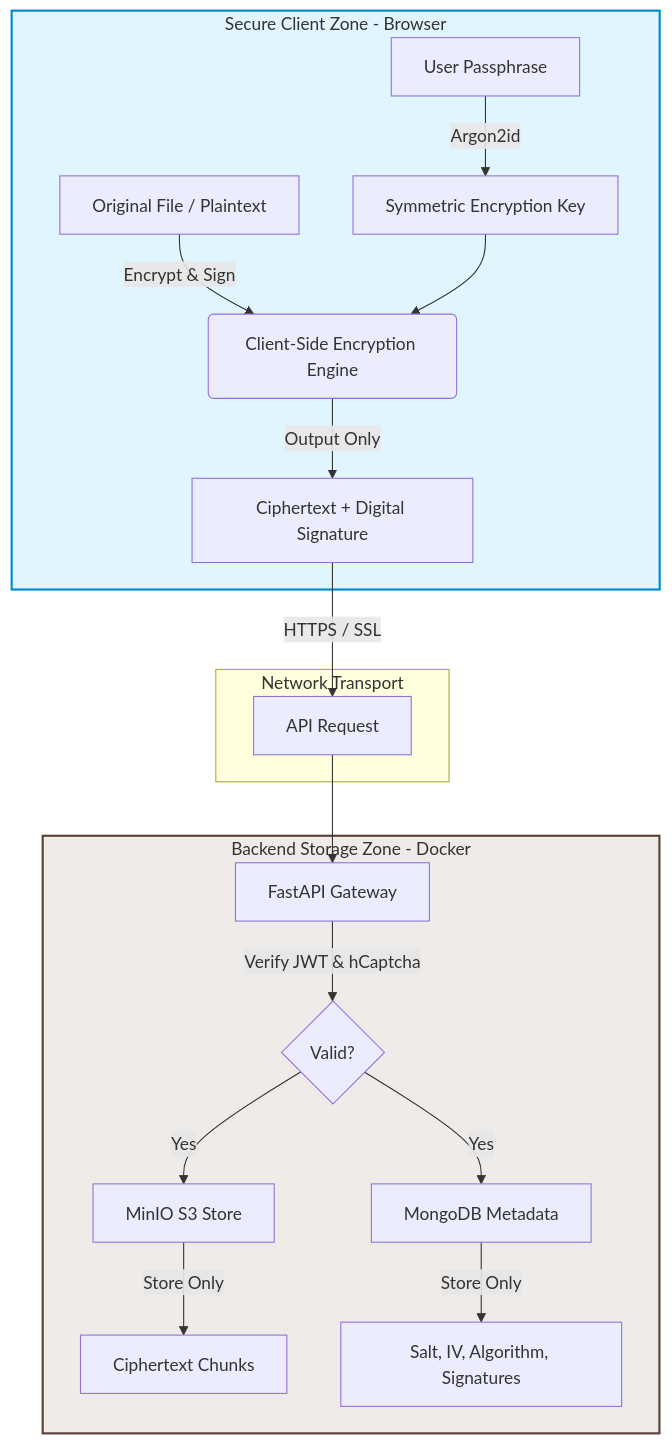
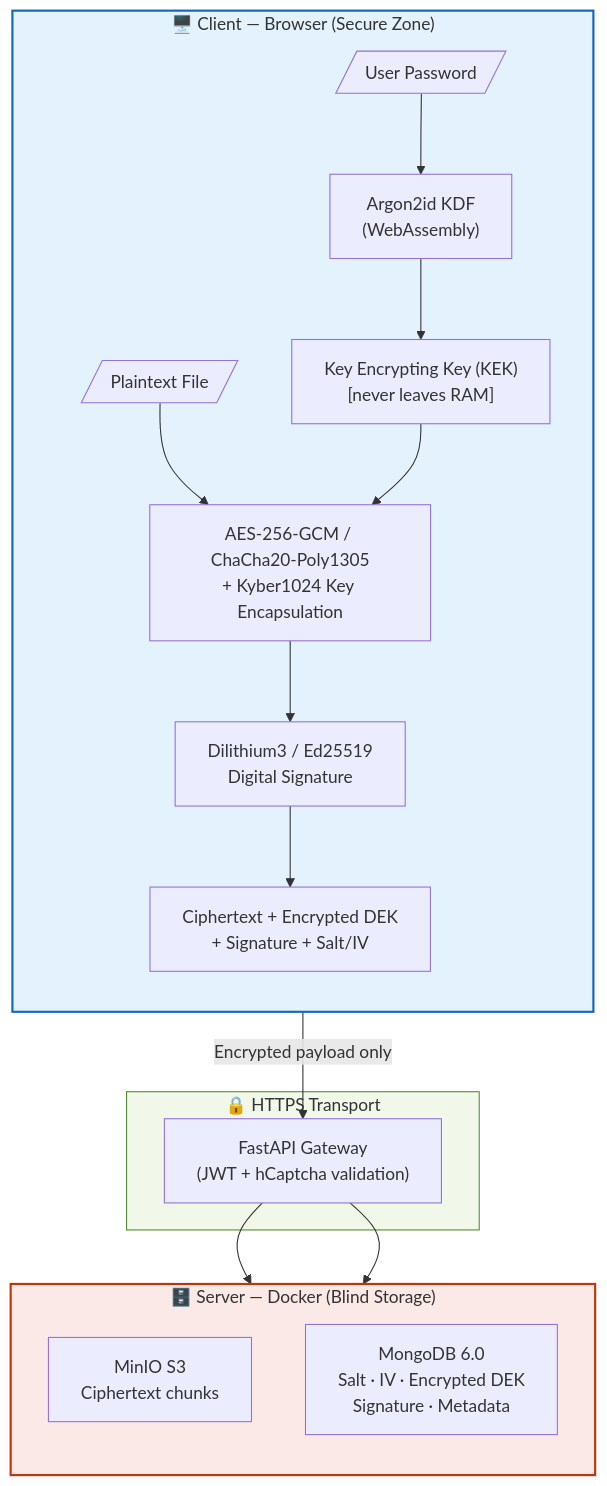
Before and after one commit to pthanhbinh1654/zeroknowledge_encryption: the first of 3 diagrams in README.md, drawn with Mermaid. The commit also changed other lines of this file and 1 other file, not shown here.

````diff
--- a/README.md
+++ b/README.md
@@ -30,25 +44,27 @@
 ```mermaid
 graph TB
-    subgraph Client [Secure Client Zone - Browser]
-        A[Original File / Plaintext] -->|Encrypt & Sign| B(Client-Side Encryption Engine)
-        M[User Passphrase] -->|Argon2id| K[Symmetric Encryption Key]
-        K --> B
-        B -->|Output Only| C[Ciphertext + Digital Signature]
+    subgraph Client["🖥️ Client — Browser (Secure Zone)"]
+        direction TB
+        PW[/"User Password"/] --> KDF["Argon2id KDF\n(WebAssembly)"]
+        KDF --> KEK["Key Encrypting Key (KEK)\n[never leaves RAM]"]
+        FILE[/"Plaintext File"/] --> ENC["AES-256-GCM / ChaCha20-Poly1305\n+ Kyber1024 Key Encapsulation"]
+        KEK --> ENC
+        ENC --> SIG["Dilithium3 / Ed25519\nDigital Signature"]
+        SIG --> OUT["Ciphertext + Encrypted DEK\n+ Signature + Salt/IV"]
     end
 
-    subgraph Transport [Network Transport]
-        C -->|HTTPS / SSL| D[API Request]
+    subgraph Transport["🔒 HTTPS Transport"]
+        OUT -->|"Encrypted payload only"| API
     end
 
-    subgraph Server [Backend Storage Zone - Docker]
-        D --> E[FastAPI Gateway]
-        E -->|Verify JWT & hCaptcha| F{Valid?}
-        F -->|Yes| G[MinIO S3 Store]
-        F -->|Yes| H[MongoDB Metadata]
-        G -->|Store Only| I[Ciphertext Chunks]
-        H -->|Store Only| J[Salt, IV, Algorithm, Signatures]
+    subgraph Server["🗄️ Server — Docker (Blind Storage)"]
+        direction TB
+        API["FastAPI Gateway\n(JWT + hCaptcha validation)"]
+        API --> MINIO["MinIO S3\nCiphertext chunks"]
+        API --> MONGO["MongoDB 6.0\nSalt · IV · Encrypted DEK\nSignature · Metadata"]
     end
 
-    style Client fill:#e1f5fe,stroke:#0288d1,stroke-width:2px
-    style Server fill:#efebe9,stroke:#5d4037,stroke-width:2px
+    style Client fill:#e3f2fd,stroke:#1565c0,stroke-width:2px
+    style Server fill:#fbe9e7,stroke:#bf360c,stroke-width:2px
+    style Transport fill:#f1f8e9,stroke:#558b2f,stroke-width:1px
 ```
````
